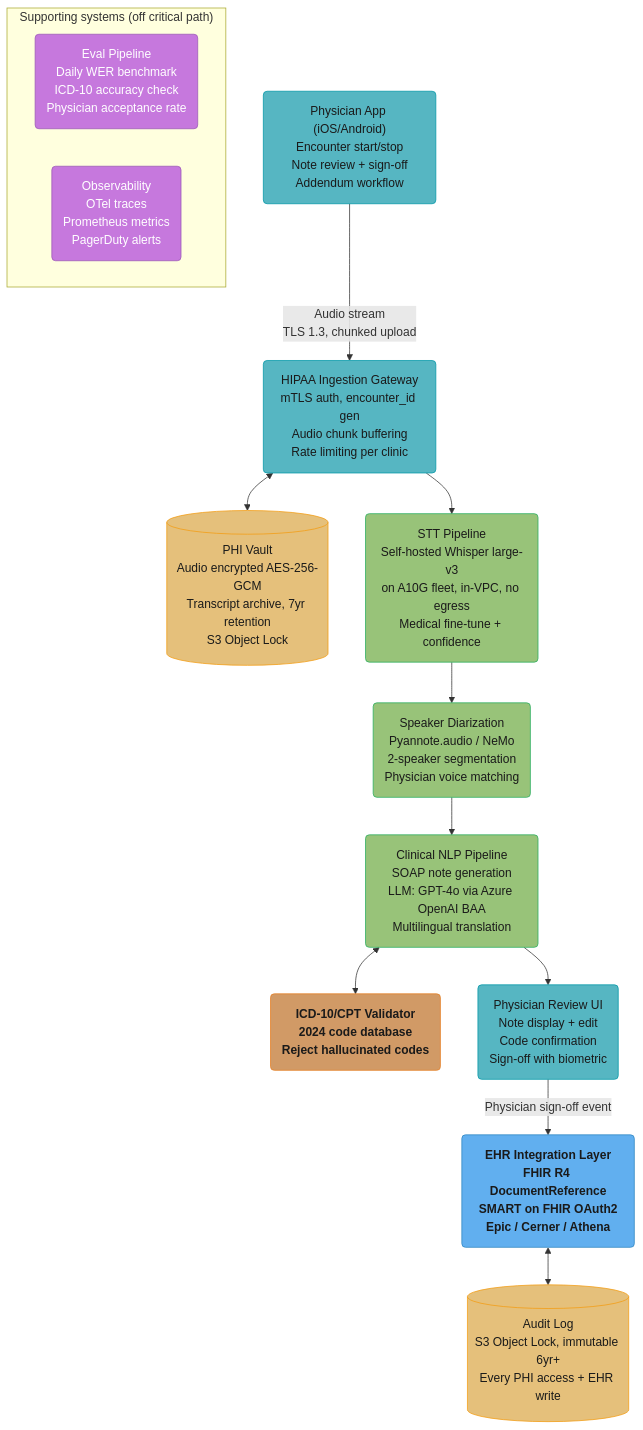
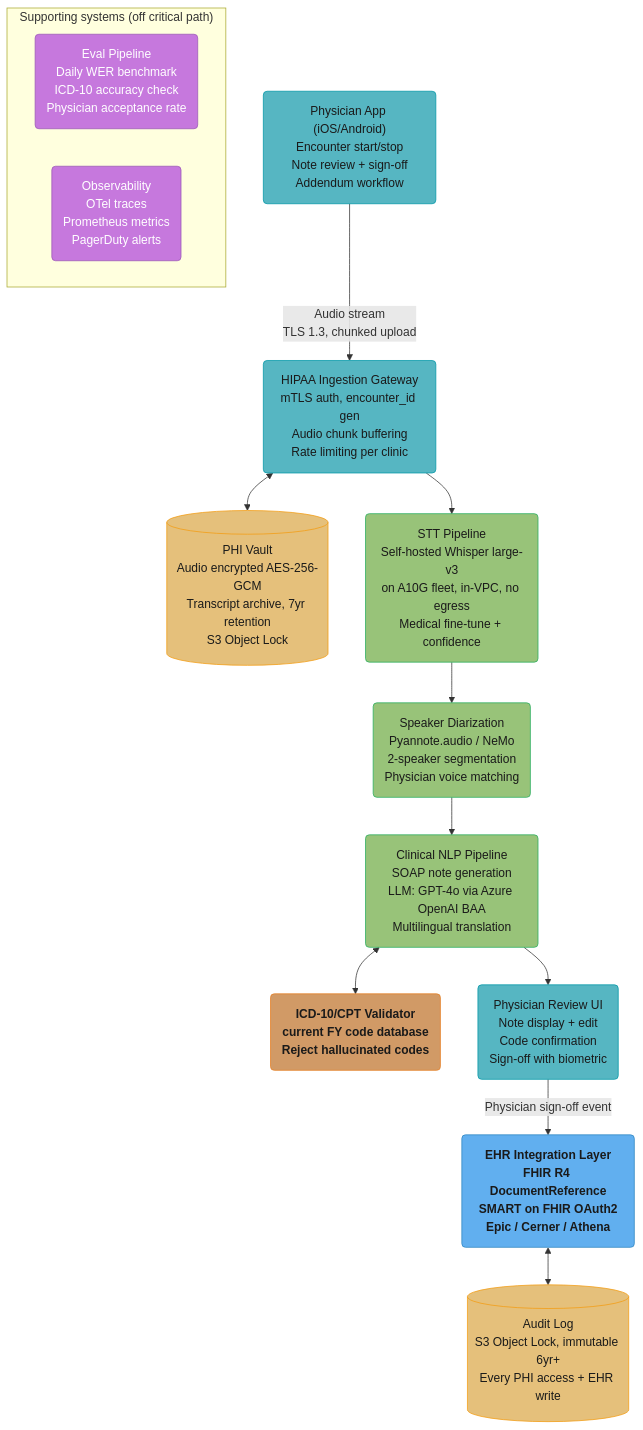
One commit to rppol/system-design changed the diagram in src/main/java/com/rutik/systemdesign/llm/case_studies/design_medical_ai_scribe.md. Above: the diagram before and after it, drawn with Mermaid. The commit also changed other lines of this file and 113 other files, not shown here.

````diff
--- a/src/main/java/com/rutik/systemdesign/llm/case_studies/design_medical_ai_scribe.md
+++ b/src/main/java/com/rutik/systemdesign/llm/case_studies/design_medical_ai_scribe.md
@@ -100,42 +103,42 @@
 ```mermaid
 flowchart TD
     classDef io      fill:#61afef,stroke:#2e86c1,color:#1a1a1a,font-weight:bold
     classDef frozen  fill:#c678dd,stroke:#9b59b6,color:#fff
     classDef train   fill:#98c379,stroke:#27ae60,color:#1a1a1a
     classDef mathOp  fill:#d19a66,stroke:#e67e22,color:#1a1a1a,font-weight:bold
     classDef req     fill:#56b6c2,stroke:#0097a7,color:#1a1a1a
     classDef base    fill:#e5c07b,stroke:#f39c12,color:#1a1a1a
 
     app("Physician App (iOS/Android)<br/>Encounter start/stop<br/>Note review + sign-off<br/>Addendum workflow")
     gateway("HIPAA Ingestion Gateway<br/>mTLS auth, encounter_id gen<br/>Audio chunk buffering<br/>Rate limiting per clinic")
     vault[("PHI Vault<br/>Audio encrypted AES-256-GCM<br/>Transcript archive, 7yr retention<br/>S3 Object Lock")]
     stt("STT Pipeline<br/>Self-hosted Whisper large-v3<br/>on A10G fleet, in-VPC, no egress<br/>Medical fine-tune + confidence")
     diar("Speaker Diarization<br/>Pyannote.audio / NeMo<br/>2-speaker segmentation<br/>Physician voice matching")
     nlp("Clinical NLP Pipeline<br/>SOAP note generation<br/>LLM: GPT-4o via Azure OpenAI BAA<br/>Multilingual translation")
-    icd("ICD-10/CPT Validator<br/>2024 code database<br/>Reject hallucinated codes")
+    icd("ICD-10/CPT Validator<br/>current FY code database<br/>Reject hallucinated codes")
     review("Physician Review UI<br/>Note display + edit<br/>Code confirmation<br/>Sign-off with biometric")
     ehr("EHR Integration Layer<br/>FHIR R4 DocumentReference<br/>SMART on FHIR OAuth2<br/>Epic / Cerner / Athena")
     audit[("Audit Log<br/>S3 Object Lock, immutable 6yr+<br/>Every PHI access + EHR write")]
 
     app -->|"Audio stream<br/>TLS 1.3, chunked upload"| gateway
     gateway <--> vault
     gateway --> stt --> diar --> nlp
     nlp <--> icd
     nlp --> review
     review -->|"Physician sign-off event"| ehr
     ehr <--> audit
 
     subgraph supporting["Supporting systems (off critical path)"]
         direction LR
         evalp("Eval Pipeline<br/>Daily WER benchmark<br/>ICD-10 accuracy check<br/>Physician acceptance rate")
         observ("Observability<br/>OTel traces<br/>Prometheus metrics<br/>PagerDuty alerts")
     end
 
     class app,review req
     class gateway req
     class vault,audit base
     class stt,diar,nlp train
     class icd mathOp
     class ehr io
     class evalp,observ frozen
 ```
````
